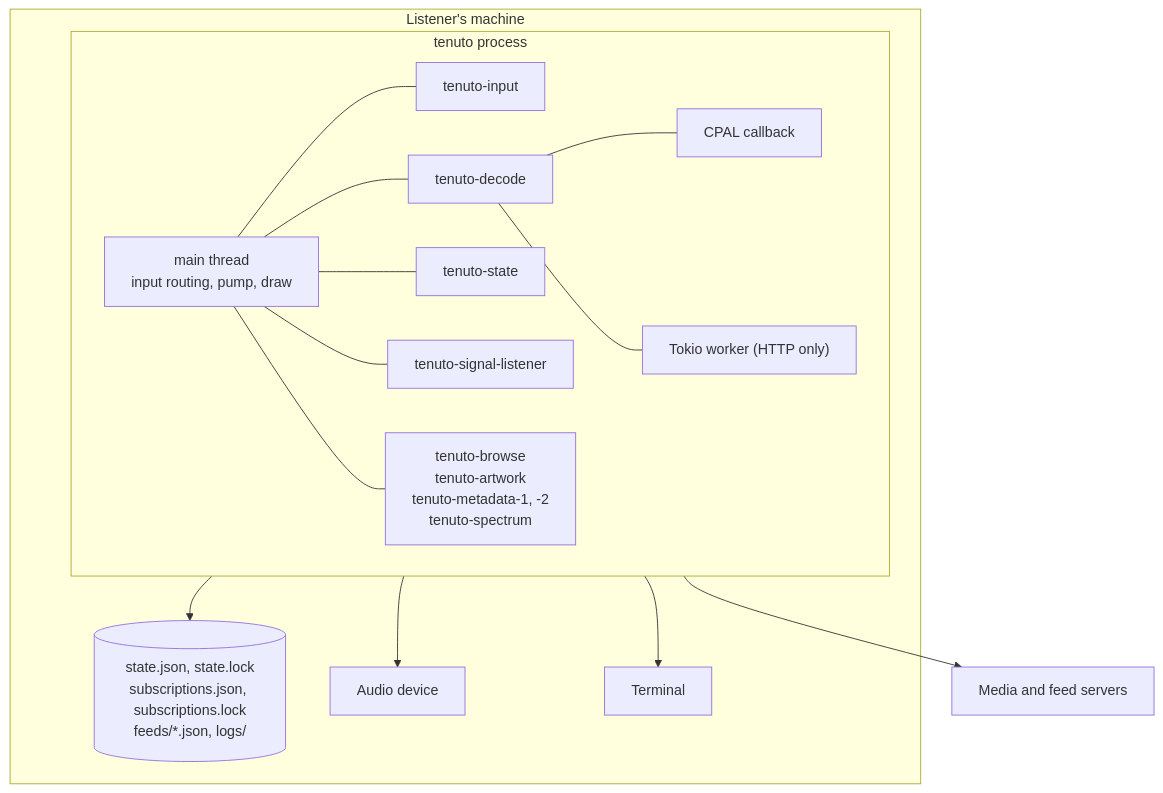
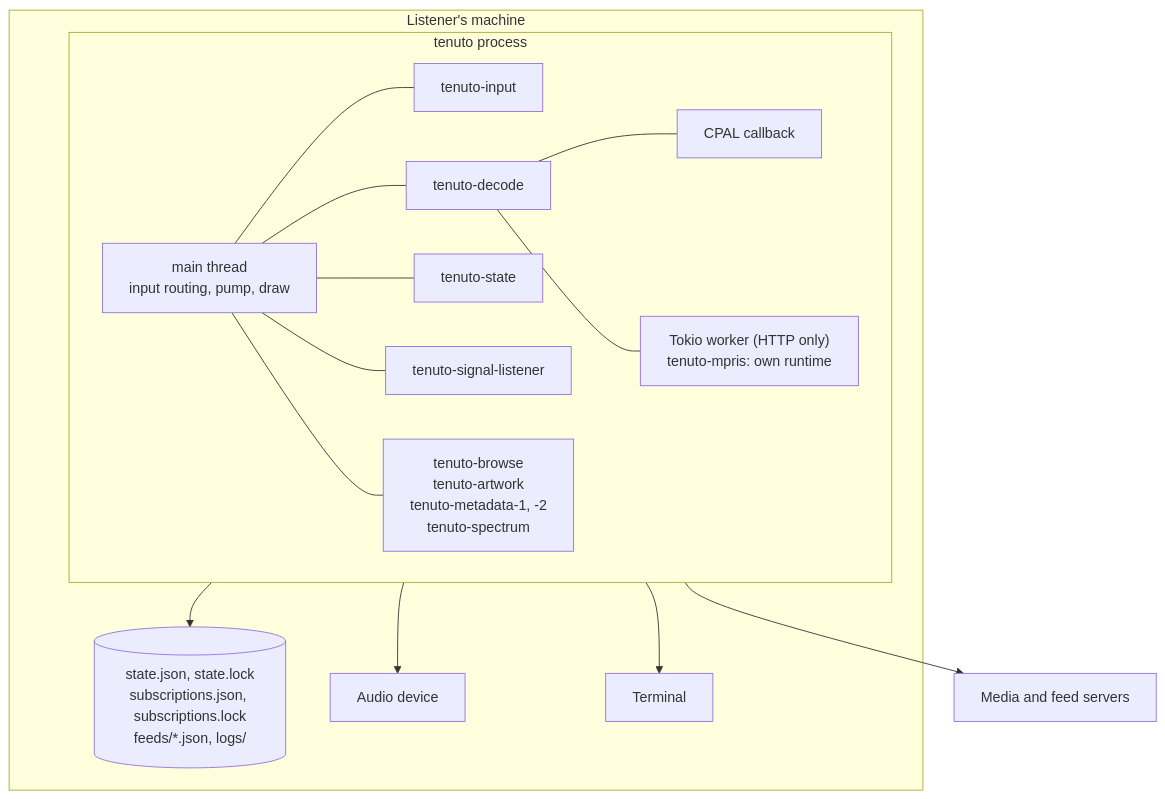
One commit to alvytsk/tenuto changed the fifth of 5 diagrams in docs/architecture.md. Above: the diagram before and after it, drawn with Mermaid. The commit also changed other lines of this file and 8 other files, not shown here.

````diff
--- a/docs/architecture.md
+++ b/docs/architecture.md
@@ -516,32 +517,32 @@
 ```mermaid
 flowchart TB
     subgraph machine["Listener's machine"]
         subgraph proc["tenuto process"]
             direction LR
             mainT["main thread<br/>input routing, pump, draw"]
             inputT["tenuto-input"]
             decodeT["tenuto-decode"]
             cb["CPAL callback"]
-            tokioT["Tokio worker (HTTP only)"]
+            tokioT["Tokio worker (HTTP only)<br/>tenuto-mpris: own runtime"]
             stateT["tenuto-state"]
             sigT["tenuto-signal-listener"]
             bg["tenuto-browse<br/>tenuto-artwork<br/>tenuto-metadata-1, -2<br/>tenuto-spectrum"]
         end
         files[("state.json, state.lock<br/>subscriptions.json, subscriptions.lock<br/>feeds/*.json, logs/")]
         dev["Audio device"]
         tty["Terminal"]
     end
     net["Media and feed servers"]
 
     mainT --- inputT
     mainT --- decodeT
     decodeT --- cb
     decodeT --- tokioT
     mainT --- stateT
     mainT --- sigT
     mainT --- bg
     cb --> dev
     mainT --> tty
     stateT --> files
     tokioT --> net
 ```
````
